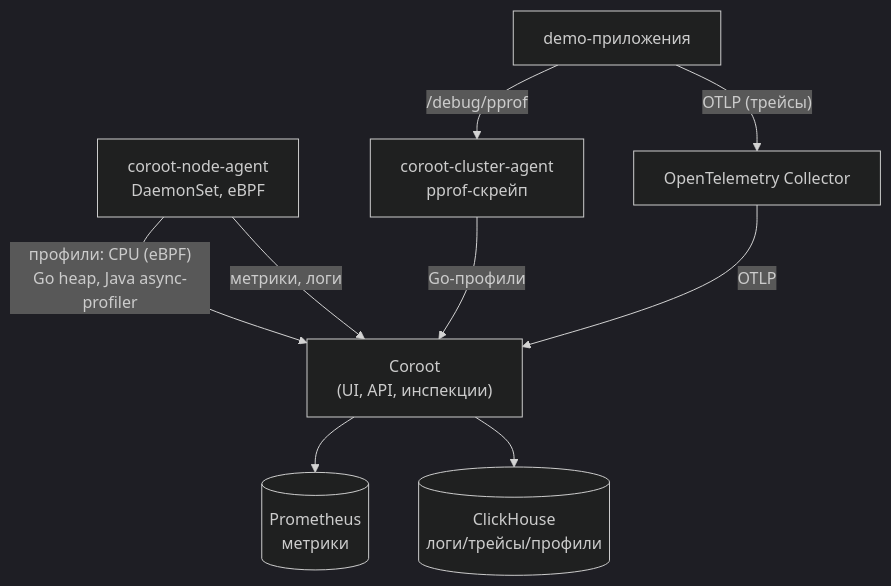
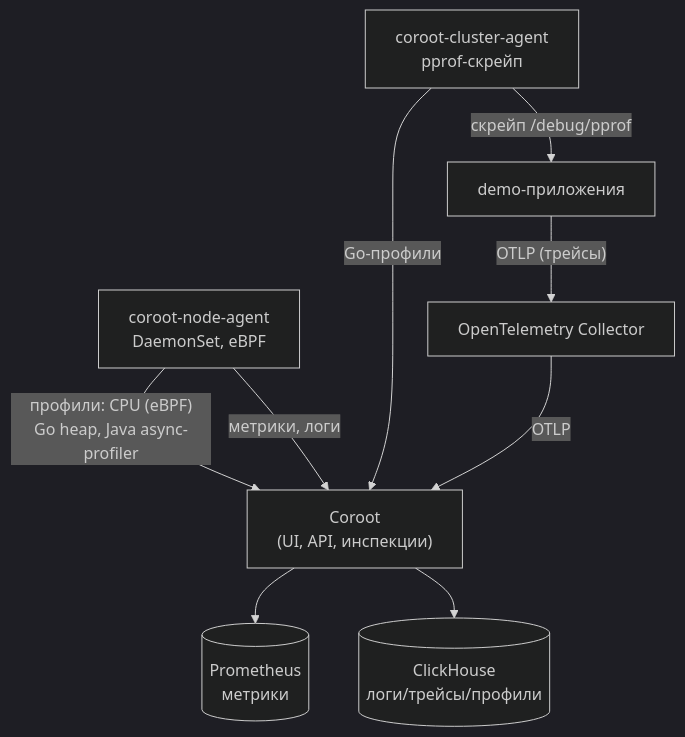
One commit to patsevanton/coroot-kubernetes-observability changed the diagram in README.md. Above: the diagram before and after it, drawn with Mermaid (dark theme).

Commit message:
docs: исправление направления pprof-скрейпа в схеме

````diff
--- a/README.md
+++ b/README.md
@@ -67,15 +67,15 @@
 ```mermaid
 flowchart TB
     Coroot["Coroot<br/>(UI, API, инспекции)"]
 
     Coroot --> PG[(Prometheus<br/>метрики)]
     Coroot --> CH[(ClickHouse<br/>логи/трейсы/профили)]
 
     NodeAgent["coroot-node-agent<br/>DaemonSet, eBPF"] -->|"профили: CPU (eBPF)<br/>Go heap, Java async-profiler"| Coroot
     NodeAgent -->|метрики, логи| Coroot
     ClusterAgent["coroot-cluster-agent<br/>pprof-скрейп"] -->|Go-профили| Coroot
 
-    App["demo-приложения"] -->|/debug/pprof| ClusterAgent
+    ClusterAgent -->|"скрейп /debug/pprof"| App["demo-приложения"]
     App -->|"OTLP (трейсы)"| OTel["OpenTelemetry Collector"]
     OTel -->|OTLP| Coroot
 ```
````
